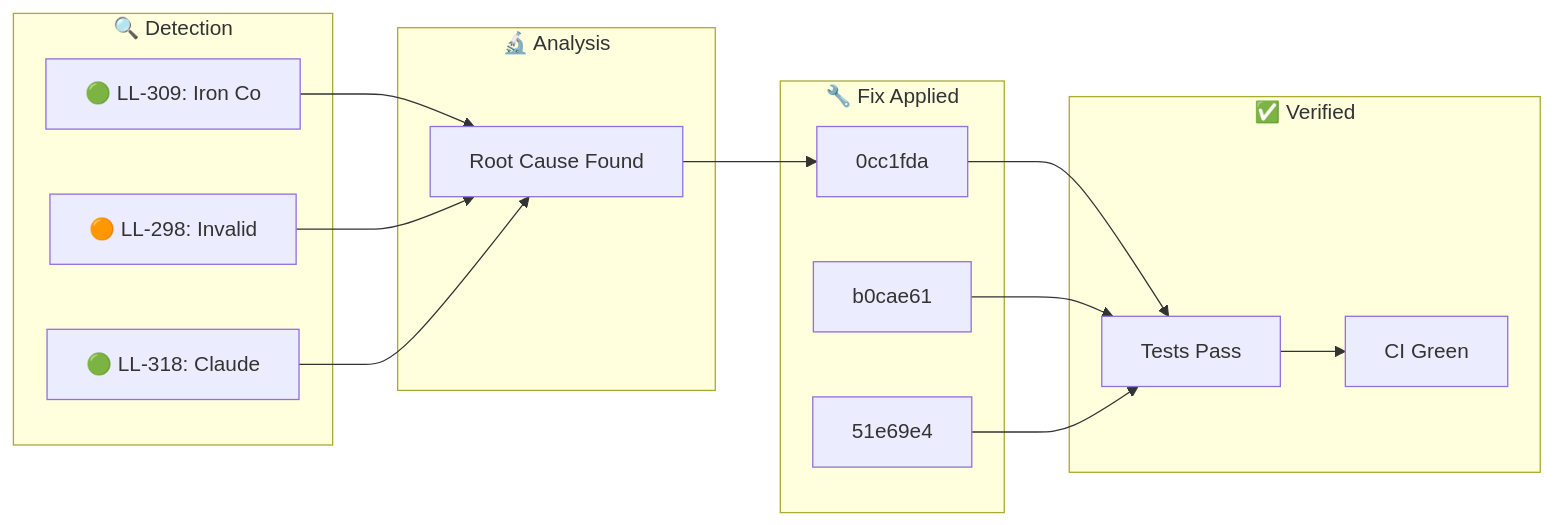
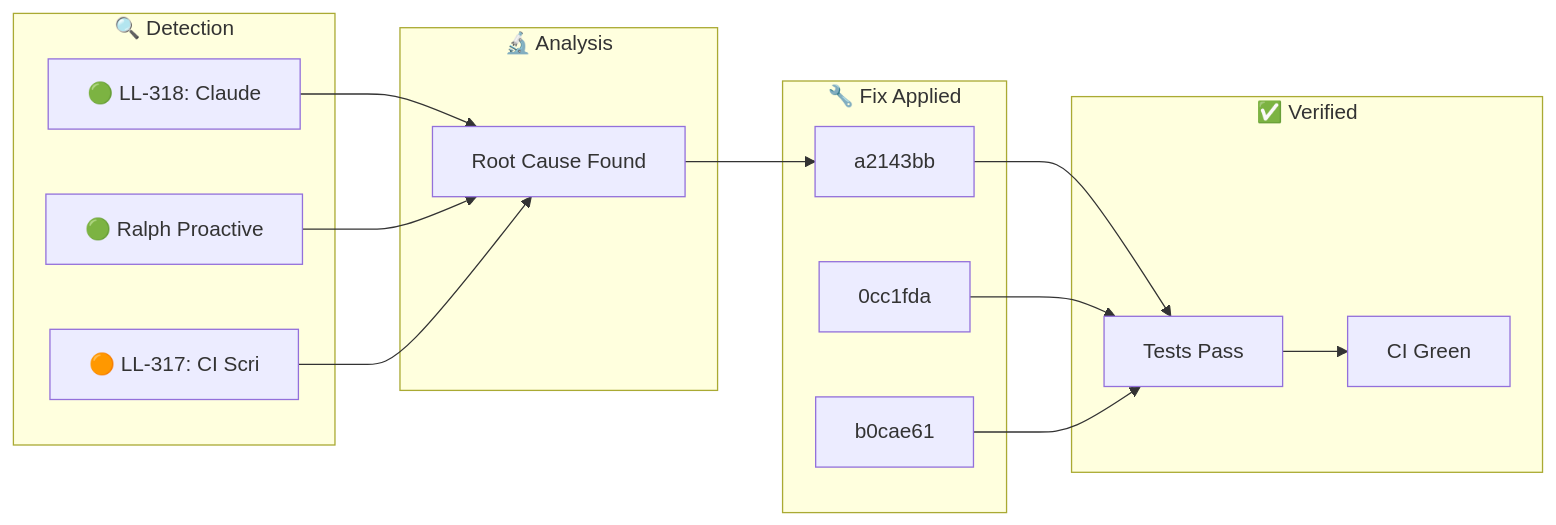
Before and after one commit to YoByron/trading: the diagram in docs/_posts/2026-01-28-ralph-discovery.md, drawn with Mermaid. The commit also changed other lines of this file, not shown here.

Commit message:
docs(ralph): Auto-publish discovery blog post

````diff
--- a/docs/_posts/2026-01-28-ralph-discovery.md
+++ b/docs/_posts/2026-01-28-ralph-discovery.md
@@ -17,28 +17,28 @@
 ```mermaid
 flowchart LR
     subgraph Detection["🔍 Detection"]
-        D1["🟢 LL-309: Iron Co"]
-        D2["🟠 LL-298: Invalid"]
-        D3["🟢 LL-318: Claude "]
+        D1["🟢 LL-318: Claude "]
+        D2["🟢 Ralph Proactive"]
+        D3["🟠 LL-317: CI Scri"]
     end
     subgraph Analysis["🔬 Analysis"]
         A1["Root Cause Found"]
     end
     subgraph Fix["🔧 Fix Applied"]
-        F1["0cc1fda"]
-        F2["b0cae61"]
-        F3["51e69e4"]
+        F1["a2143bb"]
+        F2["0cc1fda"]
+        F3["b0cae61"]
     end
     subgraph Verify["✅ Verified"]
         V1["Tests Pass"]
         V2["CI Green"]
     end
     D1 --> A1
     D2 --> A1
     D3 --> A1
     A1 --> F1
     F1 --> V1
     F2 --> V1
     F3 --> V1
     V1 --> V2
 ```
````
